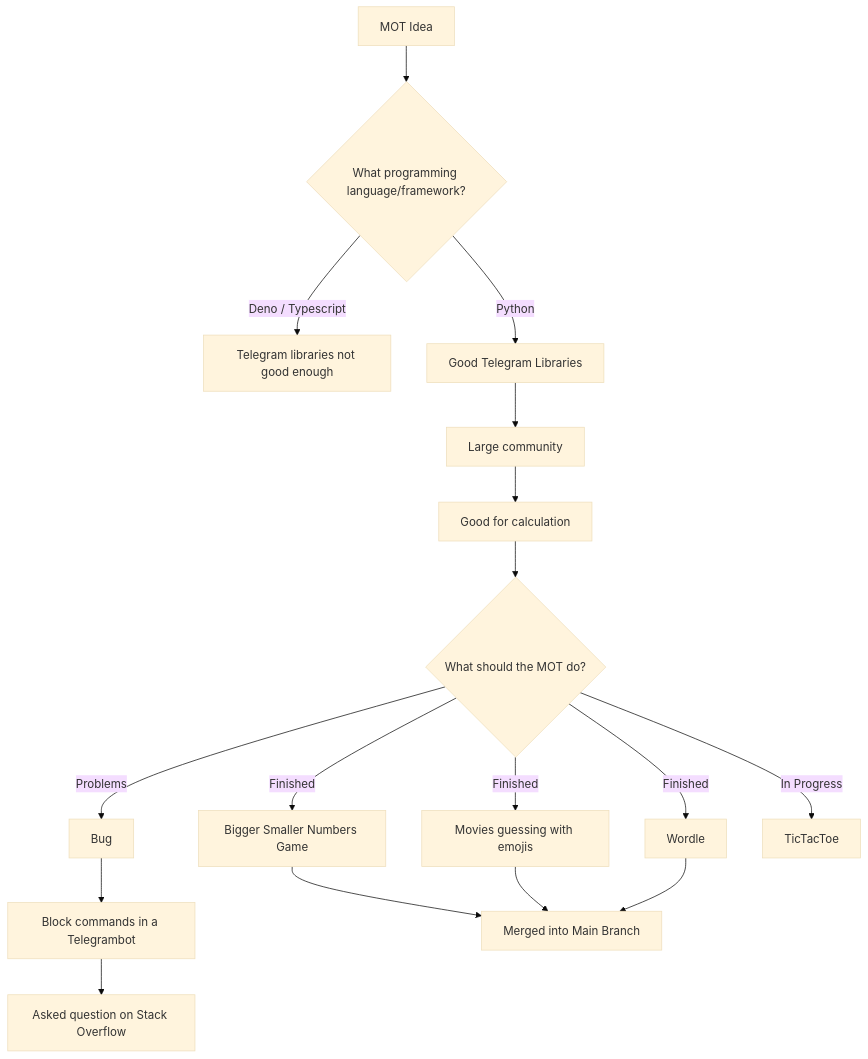
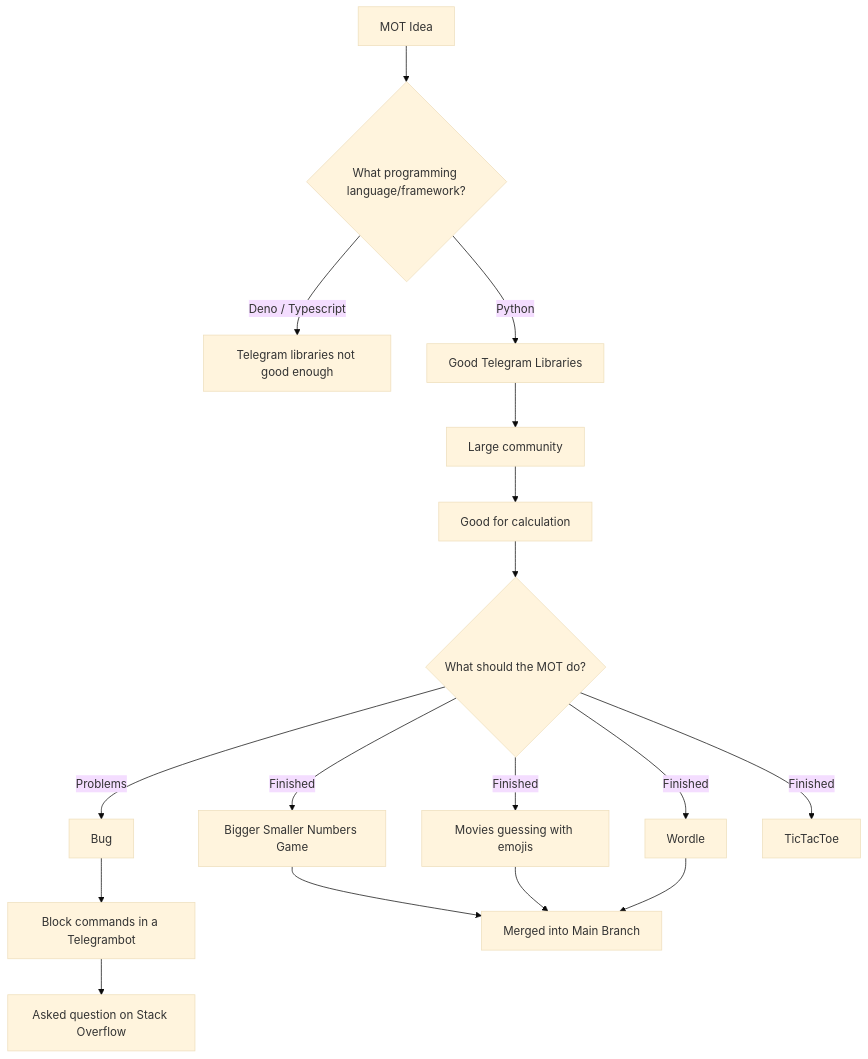
The diagram in README.md (MOT-Multi-Functional-Bot/MOT-Multi-Functional-Bot), drawn with Mermaid (base theme) before and after one commit. The commit also changed other lines of this file and 1 other file, not shown here.

````diff
--- a/README.md
+++ b/README.md
@@ -92,22 +96,22 @@
 ```mermaid
 
  flowchart TD
     A[MOT Idea] --> B{What programming language/framework?};
     B -- Deno / Typescript --> C[Telegram libraries not good enough];
     B -- Python --> D[Good Telegram Libraries];
     D --> E[Large community];
     E --> F[Good for calculation ];
     F --> G{What should the MOT do?};
     G -- Problems --> H[Bug];
     H --> I[Block commands in a Telegrambot];
     I --> J[Asked question on Stack Overflow];
     G -- Finished --> K[Bigger Smaller Numbers Game];
     G -- Finished --> L[Movies guessing with emojis];
     G -- Finished --> M[Wordle];
-    G -- In Progress --> N[TicTacToe];
+    G -- Finished --> N[TicTacToe];
     K --> O[Merged into Main Branch];
     L --> O;
     M --> O;
 
 
 ```
````
